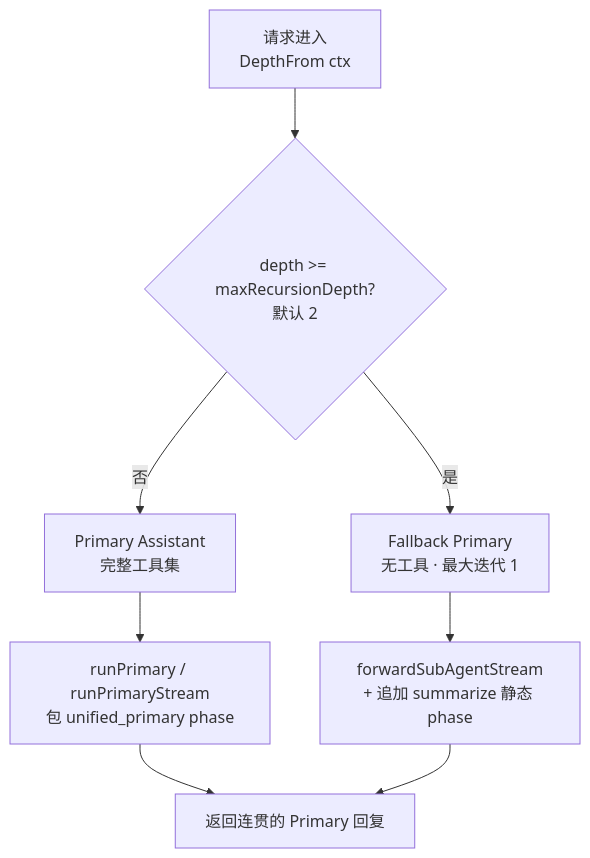
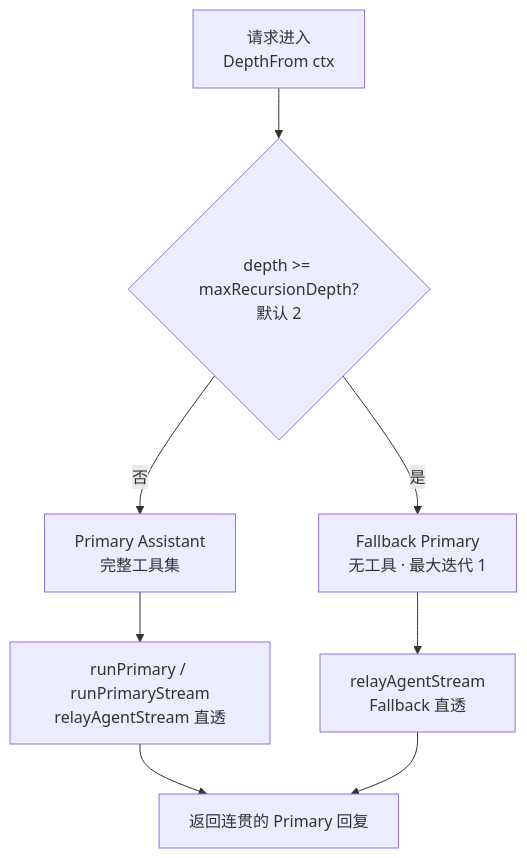
Before and after one commit to vogo/vv: the first of 2 diagrams in doc/domains/core/orchestration/design.md, drawn with Mermaid. The commit also changed other lines of this file and 12 other files, not shown here.

First line of the commit message:
fix: relay Primary stream directly and flatten top-level CLI output

````diff
--- a/doc/domains/core/orchestration/design.md
+++ b/doc/domains/core/orchestration/design.md
@@ -26,10 +26,10 @@
 ```mermaid
 flowchart TD
     A[请求进入<br/>DepthFrom ctx] --> B{depth &gt;= maxRecursionDepth?<br/>默认 2}
     B -->|否| C[Primary Assistant<br/>完整工具集]
     B -->|是| D[Fallback Primary<br/>无工具 · 最大迭代 1]
-    C --> E[runPrimary / runPrimaryStream<br/>包 unified_primary phase]
-    D --> F[forwardSubAgentStream<br/>+ 追加 summarize 静态 phase]
+    C --> E[runPrimary / runPrimaryStream<br/>relayAgentStream 直透]
+    D --> F[relayAgentStream<br/>Fallback 直透]
     E --> G[返回连贯的 Primary 回复]
     F --> G
 ```
````
